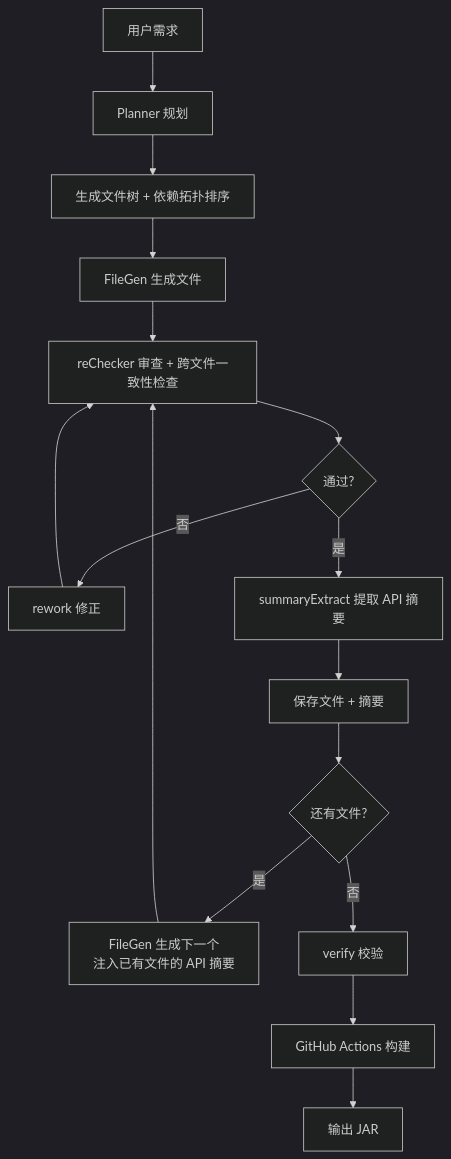
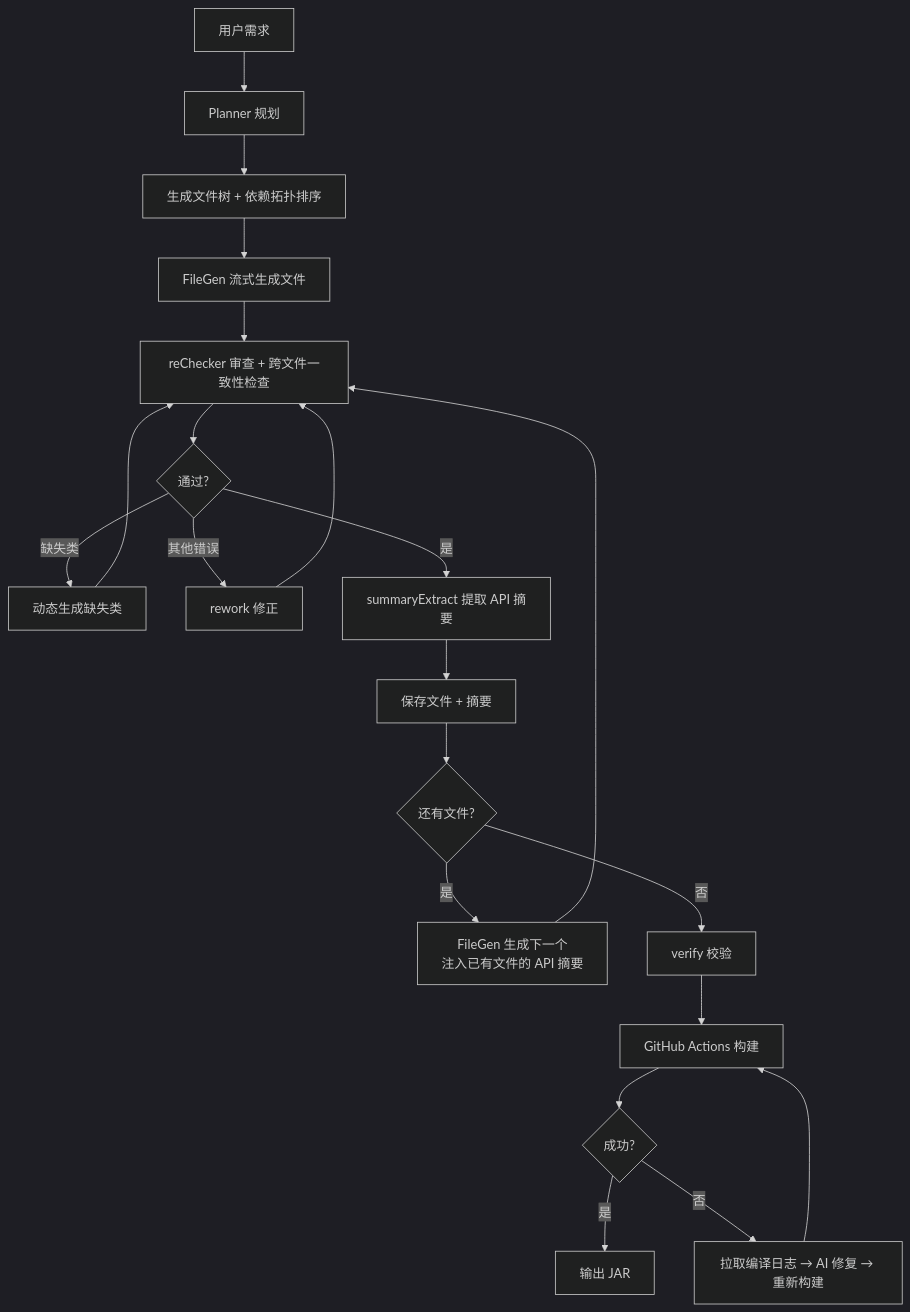
The first of 3 diagrams in docs/features/ai-workflow.md (superwfox/minecraft-dev), drawn with Mermaid (dark theme) before and after one commit. The commit also changed other lines of this file and 10 other files, not shown here.

Commit message:
更新文档中的图标和字符集 | update icons and character set in docs

````diff
--- a/docs/features/ai-workflow.md
+++ b/docs/features/ai-workflow.md
@@ -7,18 +7,23 @@
 ```mermaid
 graph TB
     A[用户需求] --> B[Planner 规划]
     B --> C[生成文件树 + 依赖拓扑排序]
-    C --> D[FileGen 生成文件]
+    C --> D[FileGen 流式生成文件]
     D --> E[reChecker 审查 + 跨文件一致性检查]
     E --> F{通过?}
-    F -->|否| G[rework 修正]
+    F -->|缺失类| G2[动态生成缺失类]
+    G2 --> E
+    F -->|其他错误| G[rework 修正]
     G --> E
     F -->|是| H[summaryExtract 提取 API 摘要]
     H --> I[保存文件 + 摘要]
     I --> J{还有文件?}
     J -->|是| K[FileGen 生成下一个<br/>注入已有文件的 API 摘要]
     K --> E
     J -->|否| L[verify 校验]
     L --> M[GitHub Actions 构建]
-    M --> N[输出 JAR]
+    M --> P{成功?}
+    P -->|是| N[输出 JAR]
+    P -->|否| Q[拉取编译日志 → AI 修复 → 重新构建]
+    Q --> M
 ```
````
